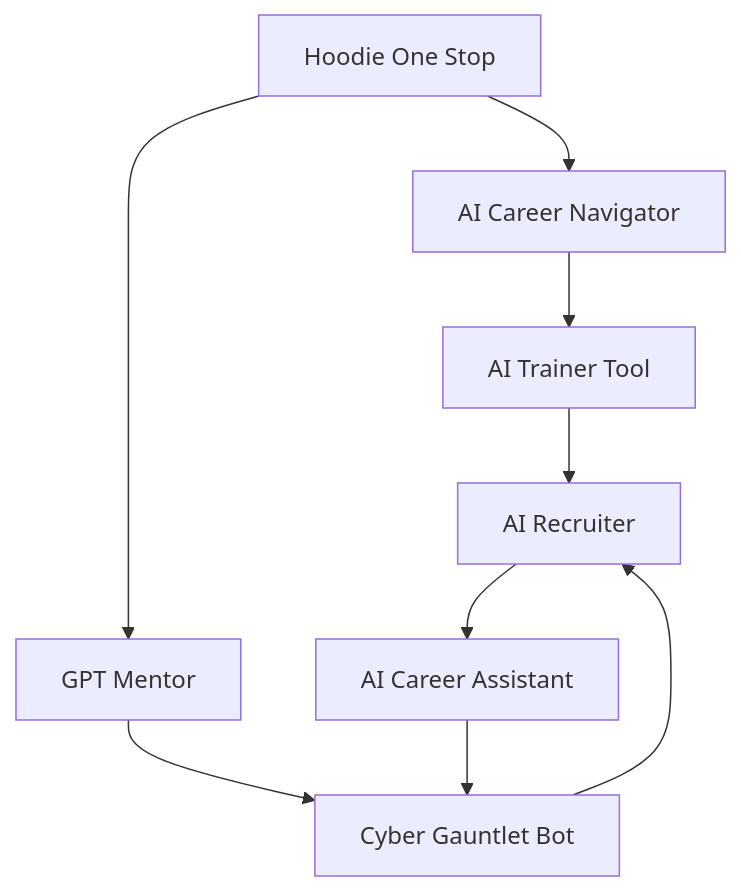
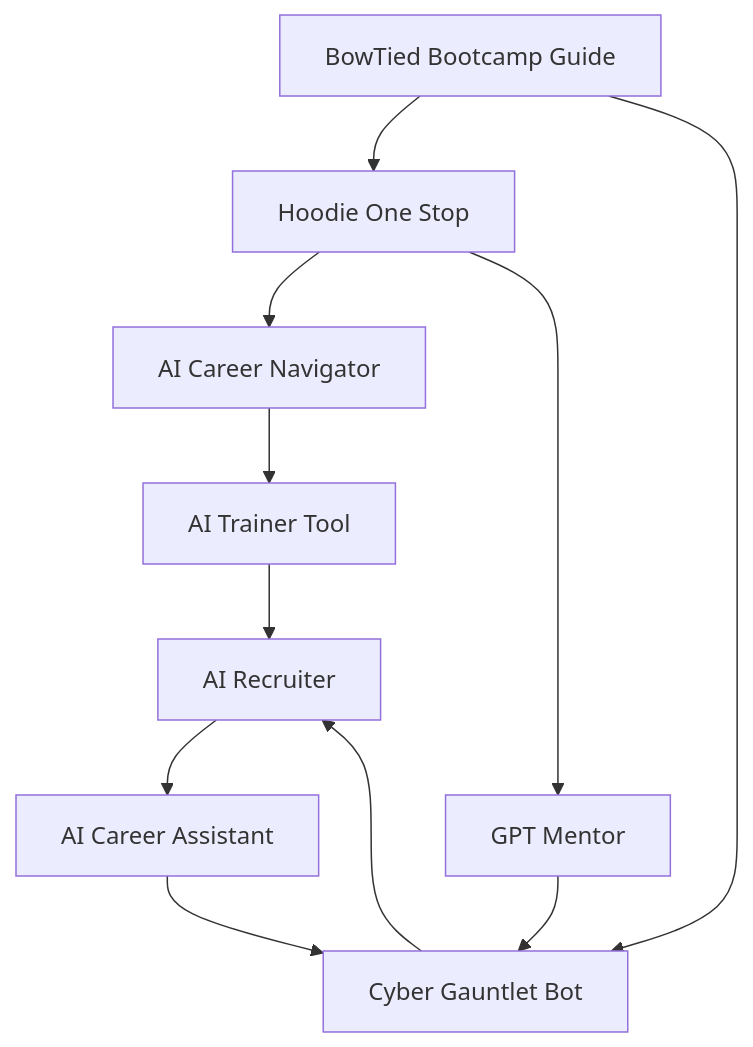
The diagram in README.md (shadowdevnotreal/BowTied-Cyber-AI-Ecosystem), drawn with Mermaid before and after one commit. The commit also changed other lines of this file, not shown here.

````diff
--- a/README.md
+++ b/README.md
@@ -27,11 +27,13 @@
 ```mermaid
 graph TD
-    A[Hoodie One Stop] --> B[AI Career Navigator]
-    B --> C[AI Trainer Tool]
-    C --> D[AI Recruiter]
-    D --> E[AI Career Assistant]
-    A --> F[GPT Mentor]
-    F --> G[Cyber Gauntlet Bot]
-    E --> G
-    G --> D
+    A[BowTied Bootcamp Guide] --> B[Hoodie One Stop]
+    B --> C[AI Career Navigator]
+    C --> D[AI Trainer Tool] 
+    D --> E[AI Recruiter]
+    E --> F[AI Career Assistant]
+    B --> G[GPT Mentor]
+    G --> H[Cyber Gauntlet Bot]
+    F --> H
+    H --> E
+    A --> H
 ```
````
